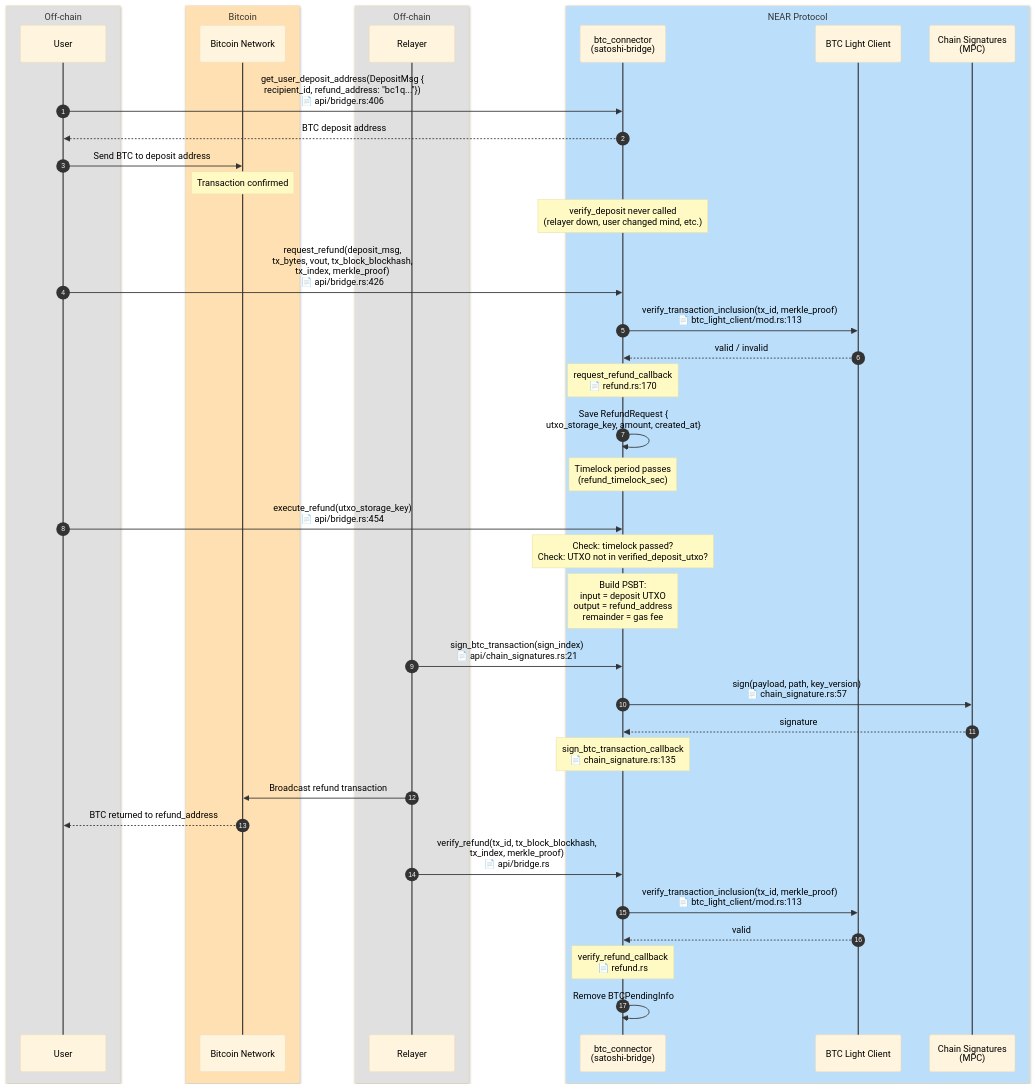
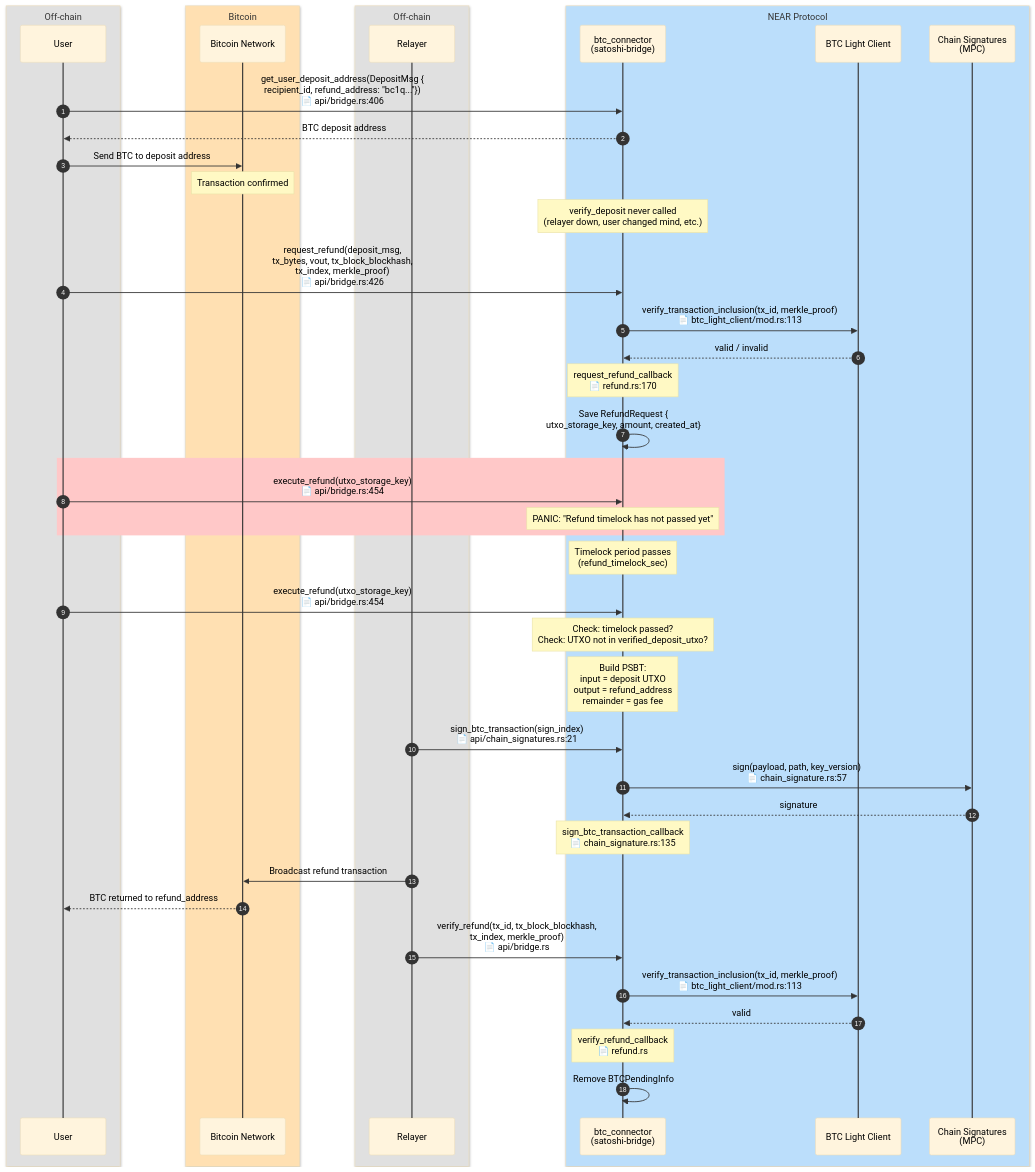
Before and after one commit to Near-One/btc-bridge: the diagram in doc/refund-flow.md, drawn with Mermaid. The commit also changed 1 other file, not shown here.

Commit message:
execute refund test

````diff
--- a/doc/refund-flow.md
+++ b/doc/refund-flow.md
@@ -25,62 +25,67 @@
 ```mermaid
 %%{init: {'theme': 'base', 'themeVariables': {'actorTextColor': '#000000', 'actorLineColor': '#333333', 'signalColor': '#333333', 'signalTextColor': '#000000', 'noteBkgColor': '#fff9c4', 'noteTextColor': '#000000', 'messageFontSize': '14px'}}}%%
 sequenceDiagram
     autonumber
 
     box rgb(224, 224, 224) Off-chain
         participant U as User
     end
 
     box rgb(255, 224, 178) Bitcoin
         participant BTC as Bitcoin Network
     end
 
     box rgb(224, 224, 224) Off-chain
         participant R as Relayer
     end
 
     box rgb(187, 222, 251) NEAR Protocol
         participant B as btc_connector<br/>(satoshi-bridge)
         participant LC as BTC Light Client
         participant MPC as Chain Signatures<br/>(MPC)
     end
 
     U->>B: get_user_deposit_address(DepositMsg {<br/>recipient_id, refund_address: "bc1q..."})<br/>📄 api/bridge.rs:406
     B-->>U: BTC deposit address
 
     U->>BTC: Send BTC to deposit address
     Note over BTC: Transaction confirmed
     Note over B: verify_deposit never called<br/>(relayer down, user changed mind, etc.)
 
     U->>B: request_refund(deposit_msg,<br/>tx_bytes, vout, tx_block_blockhash,<br/>tx_index, merkle_proof)<br/>📄 api/bridge.rs:426
 
     B->>LC: verify_transaction_inclusion(tx_id, merkle_proof)<br/>📄 btc_light_client/mod.rs:113
     LC-->>B: valid / invalid
 
     Note over B: request_refund_callback<br/>📄 refund.rs:170
     B->>B: Save RefundRequest {<br/>utxo_storage_key, amount, created_at}
 
+    rect rgb(255, 200, 200)
+        U->>B: execute_refund(utxo_storage_key)<br/>📄 api/bridge.rs:454
+        Note over B: PANIC: "Refund timelock has not passed yet"
+    end
+
     Note over B: Timelock period passes<br/>(refund_timelock_sec)
 
     U->>B: execute_refund(utxo_storage_key)<br/>📄 api/bridge.rs:454
     Note over B: Check: timelock passed?<br/>Check: UTXO not in verified_deposit_utxo?
     Note over B: Build PSBT:<br/>input = deposit UTXO<br/>output = refund_address<br/>remainder = gas fee
 
     R->>B: sign_btc_transaction(sign_index)<br/>📄 api/chain_signatures.rs:21
 
     B->>MPC: sign(payload, path, key_version)<br/>📄 chain_signature.rs:57
     MPC-->>B: signature
 
     Note over B: sign_btc_transaction_callback<br/>📄 chain_signature.rs:135
 
     R->>BTC: Broadcast refund transaction
     BTC-->>U: BTC returned to refund_address
 
     R->>B: verify_refund(tx_id, tx_block_blockhash,<br/>tx_index, merkle_proof)<br/>📄 api/bridge.rs
 
     B->>LC: verify_transaction_inclusion(tx_id, merkle_proof)<br/>📄 btc_light_client/mod.rs:113
     LC-->>B: valid
 
     Note over B: verify_refund_callback<br/>📄 refund.rs
     B->>B: Remove BTCPendingInfo
 ```
````
